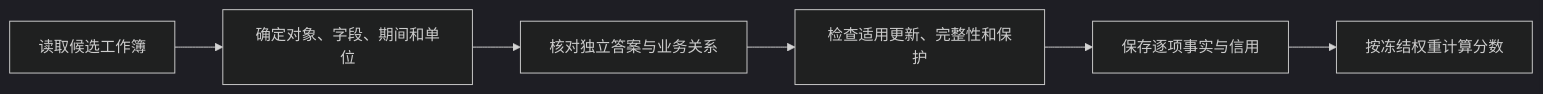
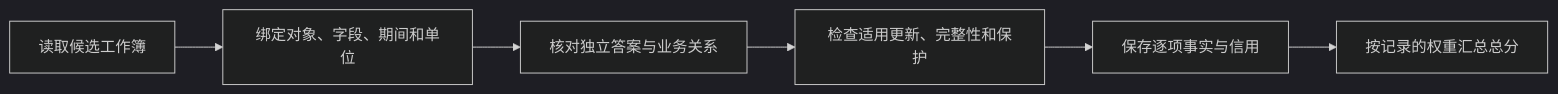
The diagram in docs/JUDGE.md (alex051107/new6-judge-review-20260905), drawn with Mermaid (dark theme) before and after one commit. The commit also changed other lines of this file and 31 other files, not shown here.

````diff
--- a/docs/JUDGE.md
+++ b/docs/JUDGE.md
@@ -8,8 +7,8 @@
 ```mermaid
 flowchart LR
-    A[读取候选工作簿] --> B[确定对象、字段、期间和单位]
+    A[读取候选工作簿] --> B[绑定对象、字段、期间和单位]
     B --> C[核对独立答案与业务关系]
     C --> D[检查适用更新、完整性和保护]
     D --> E[保存逐项事实与信用]
-    E --> F[按冻结权重计算分数]
+    E --> F[按记录的权重汇总总分]
 ```
````
